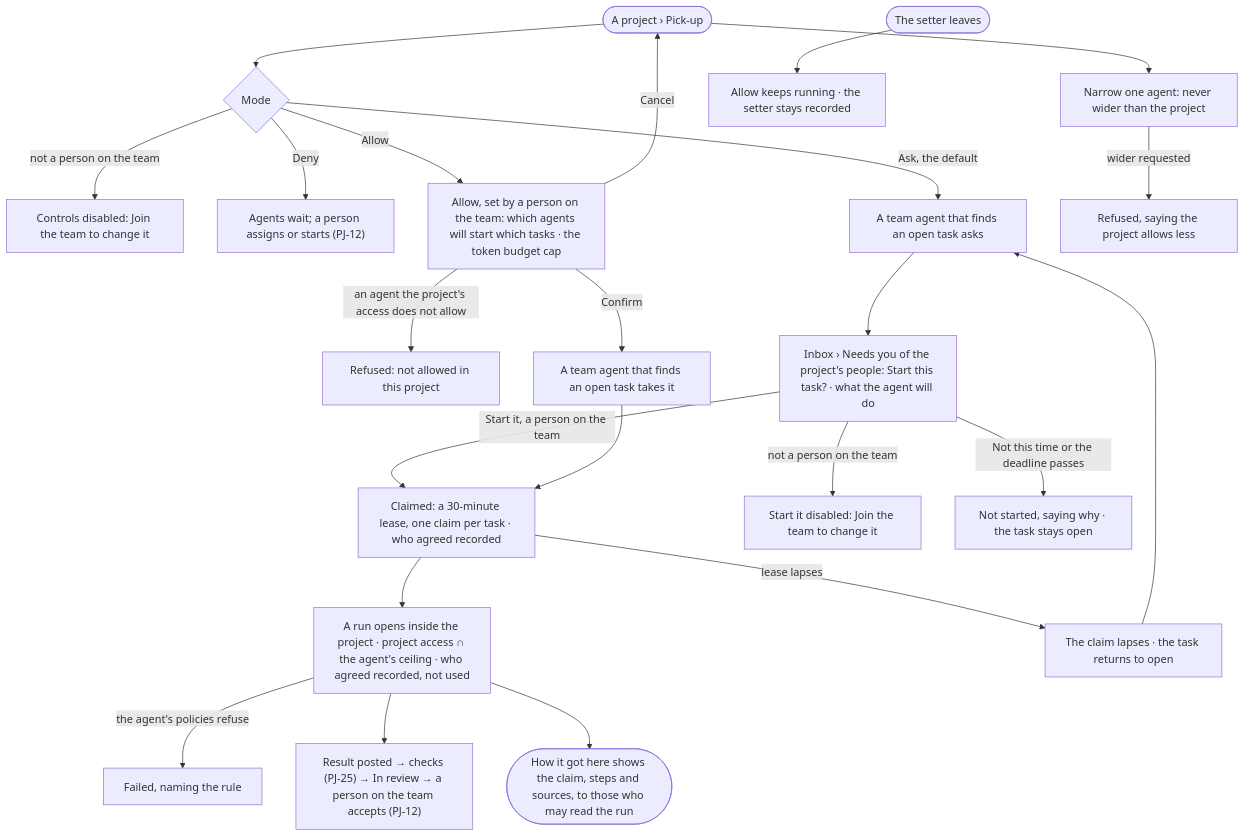
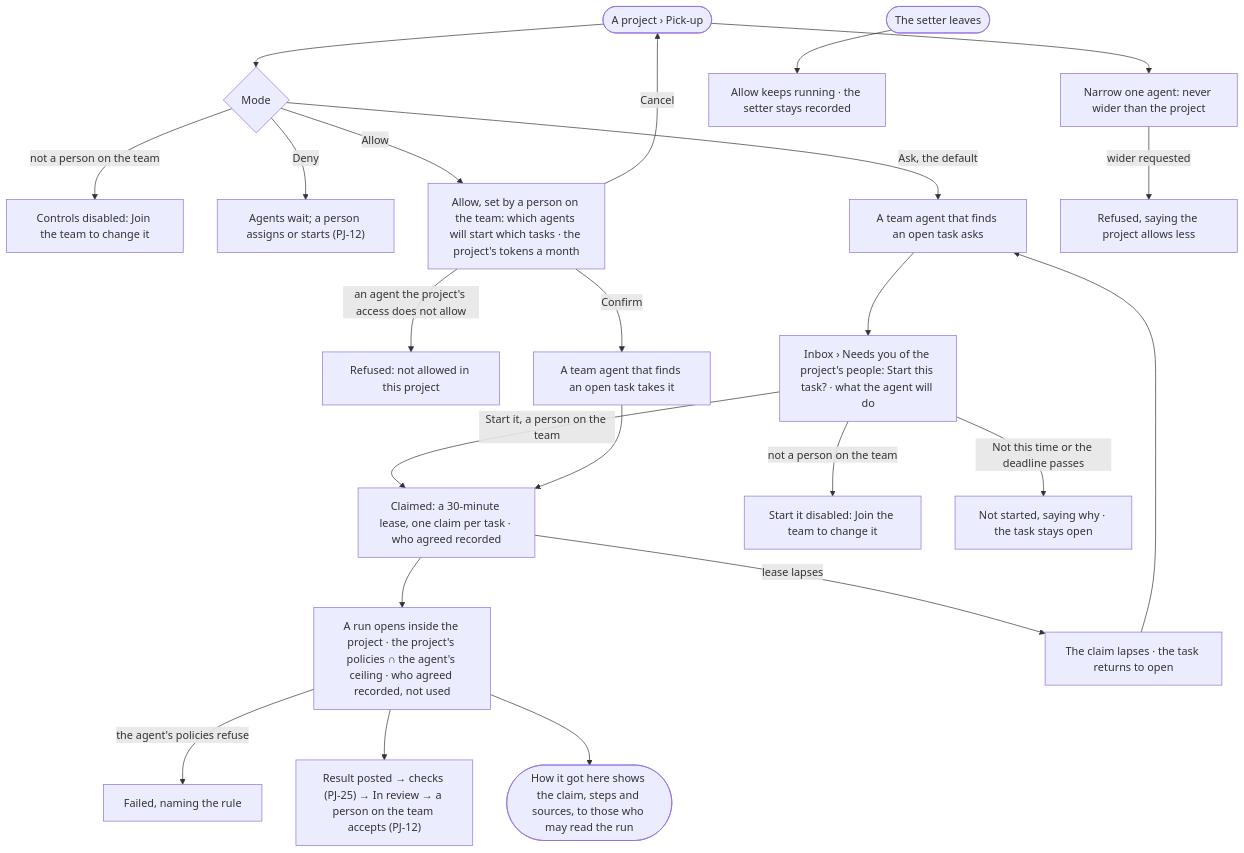
Before and after one commit to invana/invana: the first of 2 diagrams in specs/capabilities/projects/features/PJ-F01-projects-and-tasks/stories/PJ-15-let-agents-pick-up-tasks-by-hand-by-asking-or-on-their-own/story.md, drawn with Mermaid. The commit also changed other lines of this file and 26 other files, not shown here.

First line of the commit message:
docs(specs): one Access Policy type, tabbed policy form, project limits

````diff
--- a/specs/capabilities/projects/features/PJ-F01-projects-and-tasks/stories/PJ-15-let-agents-pick-up-tasks-by-hand-by-asking-or-on-their-own/story.md
+++ b/specs/capabilities/projects/features/PJ-F01-projects-and-tasks/stories/PJ-15-let-agents-pick-up-tasks-by-hand-by-asking-or-on-their-own/story.md
@@ -30,25 +30,25 @@
 ```mermaid
 flowchart TD
   s([A project › Pick-up]) --> m{"Mode"}
   m -->|not a person on the team| na["Controls disabled: Join the team to change it"]
   m -->|Deny| man["Agents wait; a person assigns or starts (PJ-12)"]
   m -->|Ask, the default| ask["A team agent that finds an open task asks"]
-  m -->|Allow| conf["Allow, set by a person on the team: which agents will start which tasks · the token budget cap"]
+  m -->|Allow| conf["Allow, set by a person on the team: which agents will start which tasks · the project's tokens a month"]
   conf -->|an agent the project's access does not allow| nu["Refused: not allowed in this project"]
   conf -->|Confirm| auto["A team agent that finds an open task takes it"]
   conf -->|Cancel| s
   s --> nar["Narrow one agent: never wider than the project"]
   nar -->|wider requested| ref["Refused, saying the project allows less"]
   ask --> inbox["Inbox › Needs you of the project's people: Start this task? · what the agent will do"]
   inbox -->|Start it, a person on the team| claim
   inbox -->|not a person on the team| nstart["Start it disabled: Join the team to change it"]
   inbox -->|Not this time or the deadline passes| held["Not started, saying why · the task stays open"]
   auto --> claim["Claimed: a 30-minute lease, one claim per task · who agreed recorded"]
-  claim --> run["A run opens inside the project · project access ∩ the agent's ceiling · who agreed recorded, not used"]
+  claim --> run["A run opens inside the project · the project's policies ∩ the agent's ceiling · who agreed recorded, not used"]
   run -->|the agent's policies refuse| pf["Failed, naming the rule"]
   run --> res["Result posted → checks (PJ-25) → In review → a person on the team accepts (PJ-12)"]
   claim -->|lease lapses| back["The claim lapses · the task returns to open"]
   back --> ask
   leave([The setter leaves]) --> keep["Allow keeps running · the setter stays recorded"]
   run --> trace(["How it got here shows the claim, steps and sources, to those who may read the run"])
 ```
````
